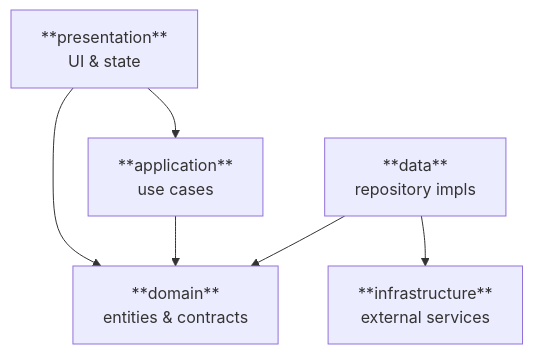
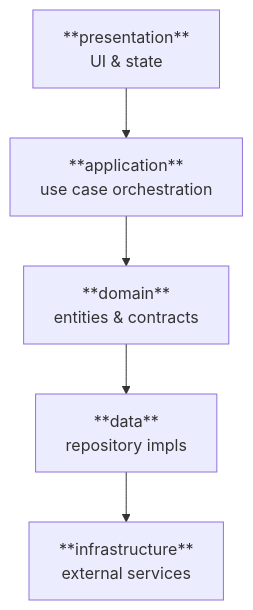
One commit to thomasfranke/flutter-clean-arch-riverpod changed the diagram in README.md. Above: the diagram before and after it, drawn with Mermaid. The commit also changed other lines of this file, not shown here.

````diff
--- a/README.md
+++ b/README.md
@@ -13,14 +13,13 @@
 ```mermaid
 flowchart TB
     presentation["**presentation**\nUI & state"]
-    application["**application**\nuse cases"]
+    application["**application**\nuse case orchestration"]
     domain["**domain**\nentities & contracts"]
     data["**data**\nrepository impls"]
     infrastructure["**infrastructure**\nexternal services"]
 
     presentation --> application
-    presentation --> domain
     application --> domain
-    data --> domain
+    domain --> data
     data --> infrastructure
 ```
````
